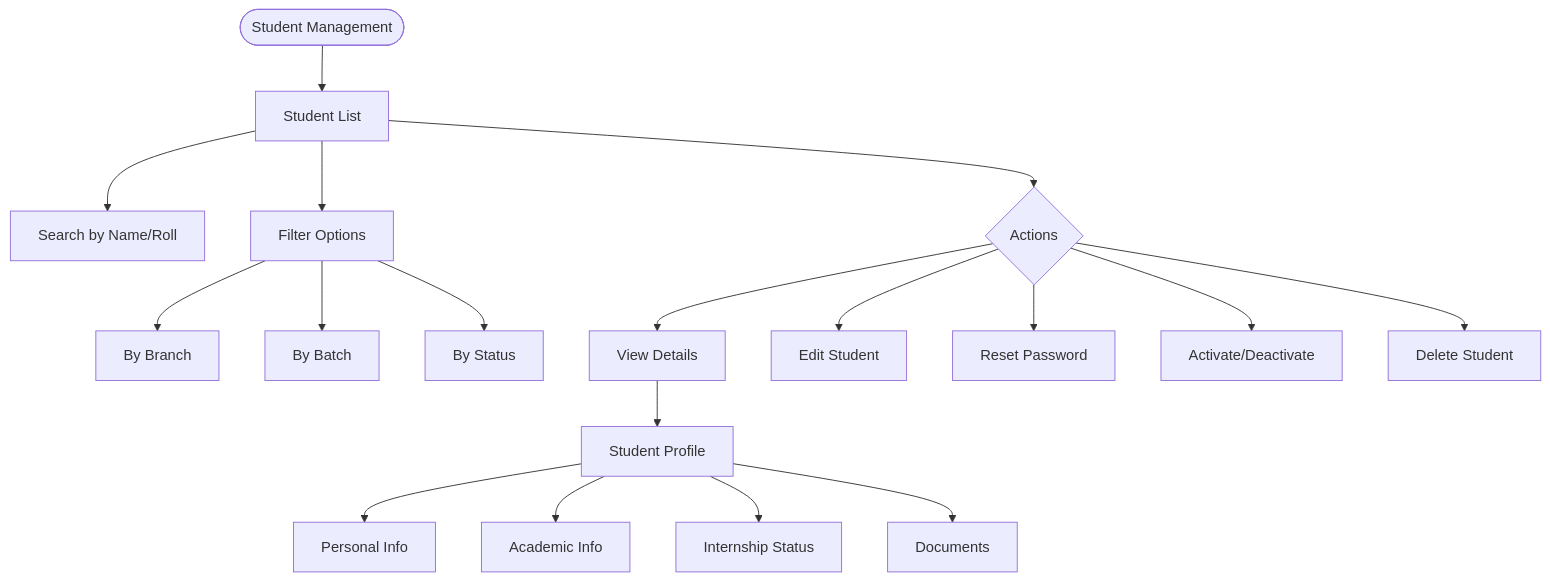
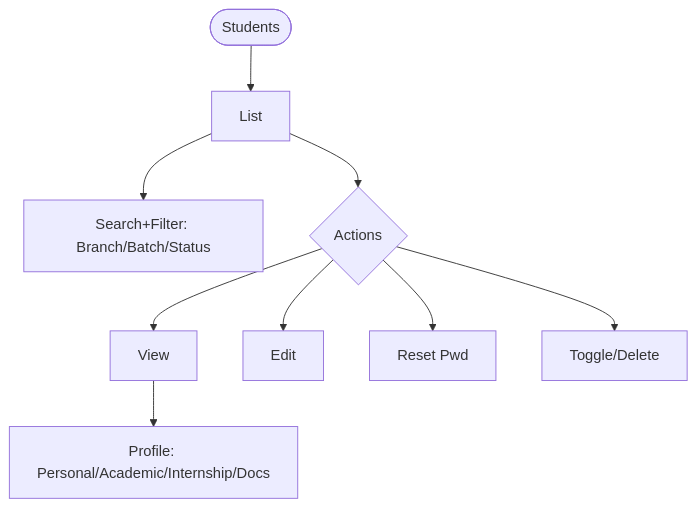
One commit to gunjangupta-gh/placeintern changed diagram 15 of 58 in INTERNSHIP_PORTAL_FLOW_DIAGRAMS.md. Above: the diagram before and after it, drawn with Mermaid. The commit also changed other lines of this file and 6 other files, not shown here.

````diff
--- a/INTERNSHIP_PORTAL_FLOW_DIAGRAMS.md
+++ b/INTERNSHIP_PORTAL_FLOW_DIAGRAMS.md
@@ -492,23 +229,9 @@
 ```mermaid
 flowchart TD
-    STU_MGMT([Student Management]) --> LIST[Student List]
-
-    LIST --> SEARCH[Search by Name/Roll]
-    LIST --> FILTER[Filter Options]
-    FILTER --> BY_BRANCH[By Branch]
-    FILTER --> BY_BATCH[By Batch]
-    FILTER --> BY_STATUS[By Status]
-
-    LIST --> ACTIONS{Actions}
-    ACTIONS --> VIEW[View Details]
-    ACTIONS --> EDIT[Edit Student]
-    ACTIONS --> RESET_PWD[Reset Password]
-    ACTIONS --> TOGGLE[Activate/Deactivate]
-    ACTIONS --> DELETE[Delete Student]
-
-    VIEW --> PROFILE[Student Profile]
-    PROFILE --> PERSONAL[Personal Info]
-    PROFILE --> ACADEMIC[Academic Info]
-    PROFILE --> INTERNSHIP[Internship Status]
-    PROFILE --> DOCUMENTS[Documents]
+    A([Students])-->B[List]-->C[Search+Filter: Branch/Batch/Status]
+    B-->D{Actions}
+    D-->E[View]-->F[Profile: Personal/Academic/Internship/Docs]
+    D-->G[Edit]
+    D-->H[Reset Pwd]
+    D-->I[Toggle/Delete]
 ```
````
